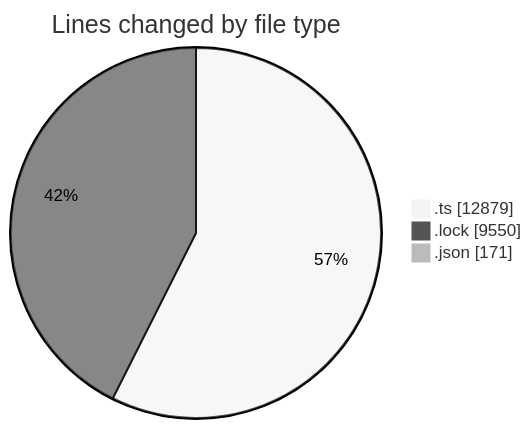
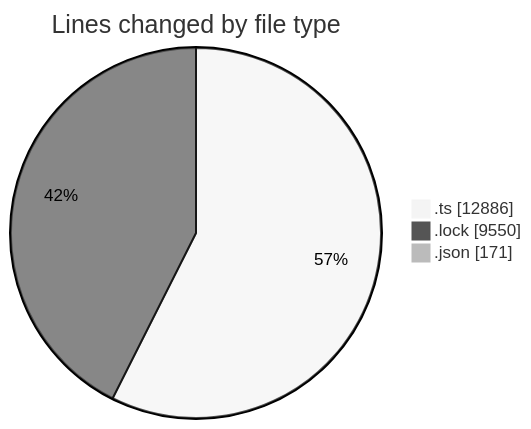
Before and after one commit to momahboobian/code-tracking: the first of 2 diagrams in 2025-10-30/cda/README.md, drawn with Mermaid (neutral theme). The commit also changed other lines of this file and 1 other file, not shown here.

````diff
--- a/2025-10-30/cda/README.md
+++ b/2025-10-30/cda/README.md
@@ -28,7 +28,7 @@
 ```mermaid
 pie showData
 title Lines changed by file type
-".ts" : 12879
+".ts" : 12886
 ".lock" : 9550
 ".json" : 171
 ```
````
